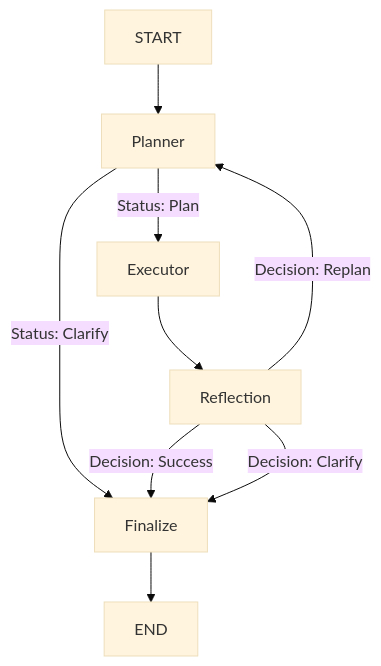
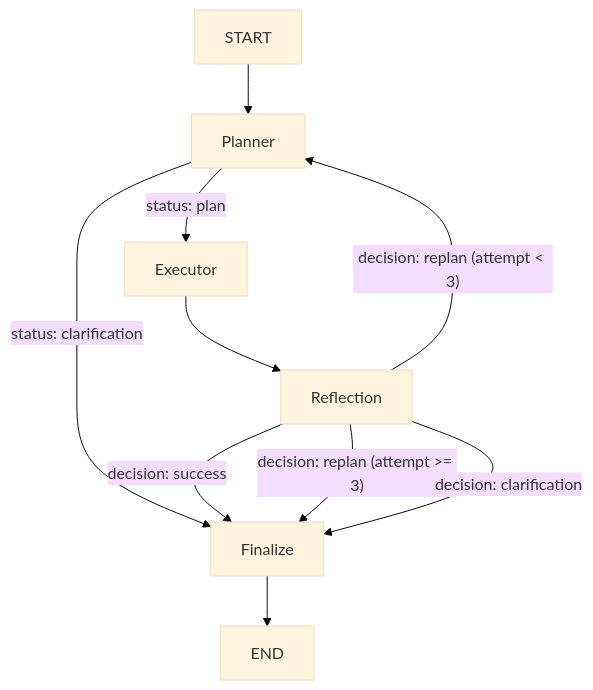
The diagram in src/services/chatbot/agents/rag/RAG_README.md (NourMansour911/eduhub), drawn with Mermaid (base theme) before and after one commit. The commit also changed other lines of this file and 3 other files, not shown here.

Commit message:
docs: update project documentation and add comprehensive READMEs for the chatbot service and RAG agent architecture.

````diff
--- a/src/services/chatbot/agents/rag/RAG_README.md
+++ b/src/services/chatbot/agents/rag/RAG_README.md
@@ -28,11 +72,12 @@
 ```mermaid
 graph TD
     START --> Planner
-    Planner -- "Status: Plan" --> Executor
-    Planner -- "Status: Clarify" --> Finalize
+    Planner -- "status: plan" --> Executor
+    Planner -- "status: clarification" --> Finalize
     Executor --> Reflection
-    Reflection -- "Decision: Success" --> Finalize
-    Reflection -- "Decision: Replan" --> Planner
-    Reflection -- "Decision: Clarify" --> Finalize
+    Reflection -- "decision: success" --> Finalize
+    Reflection -- "decision: replan (attempt < 3)" --> Planner
+    Reflection -- "decision: replan (attempt >= 3)" --> Finalize
+    Reflection -- "decision: clarification" --> Finalize
     Finalize --> END
 ```
````
